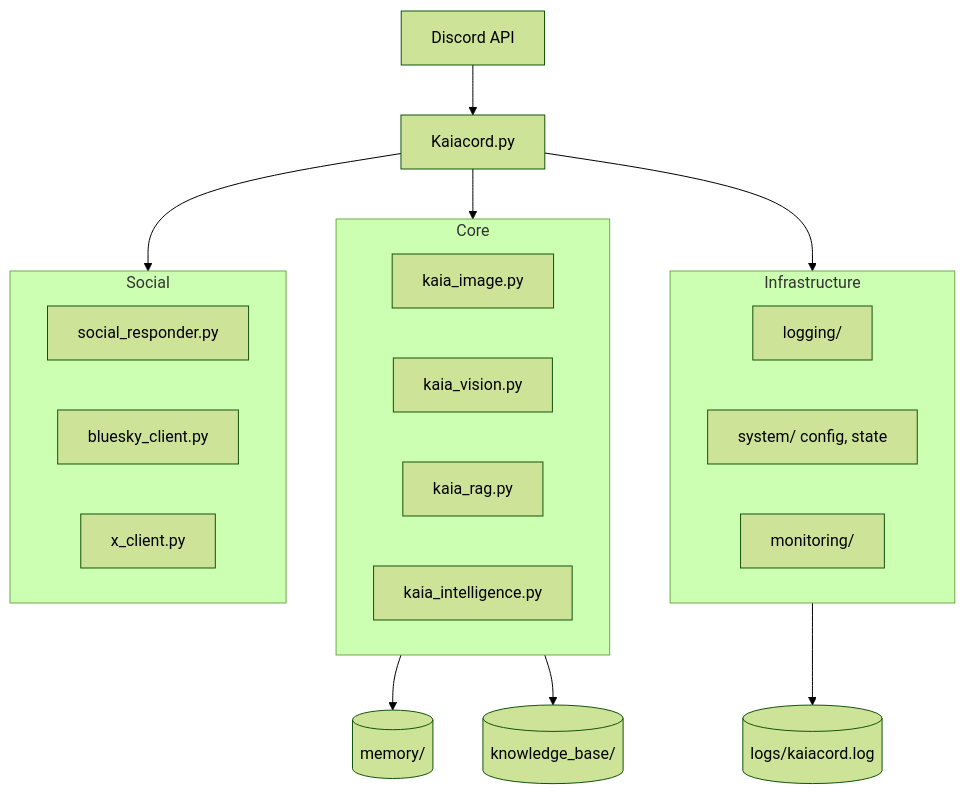
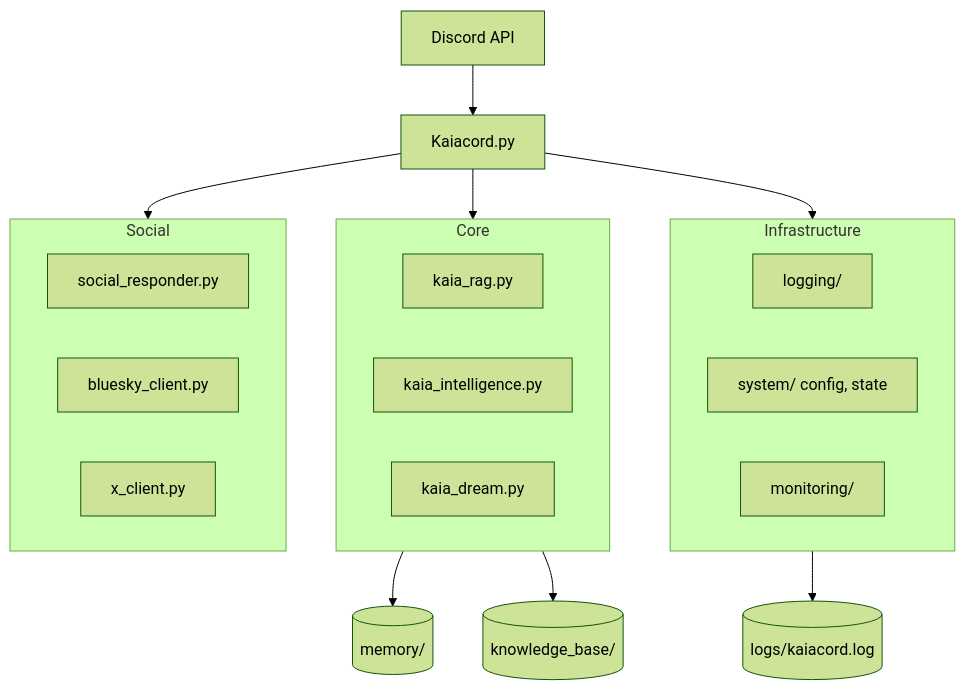
The diagram in README.md (Ekco-S64QTN6/Kaiacord), drawn with Mermaid (forest theme) before and after one commit. The commit also changed other lines of this file and 6 other files, not shown here.

First line of the commit message:
refactor: Remove vision and image generation features

````diff
--- a/README.md
+++ b/README.md
@@ -75,30 +71,29 @@
 ```mermaid
 graph TB
     Discord[Discord API] --> Kaiacord[Kaiacord.py]
     Kaiacord --> Core[utils/core]
     Kaiacord --> Infrastructure[utils/infrastructure]
     Kaiacord --> Social[utils/social]
     
     subgraph Core
-        Image[kaia_image.py]
-        Vision[kaia_vision.py]
         RAG[kaia_rag.py]
         Intel[kaia_intelligence.py]
+        Dream[kaia_dream.py]
     end
     
     subgraph Infrastructure
         Logging[logging/]
         System[system/ config, state]
         Monitoring[monitoring/]
     end
     
     subgraph Social
         SResponder[social_responder.py]
         BSky[bluesky_client.py]
         X[x_client.py]
     end
     
     Infrastructure --> Logs[(logs/kaiacord.log)]
     Core --> Memory[(memory/)]
     Core --> KB[(knowledge_base/)]
 ```
````
